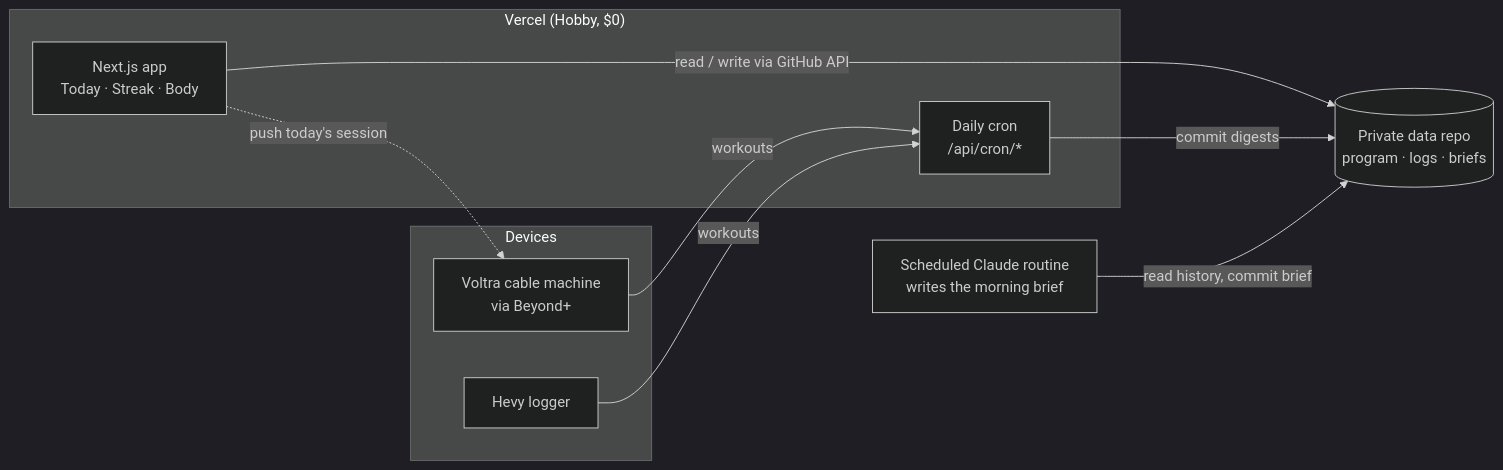
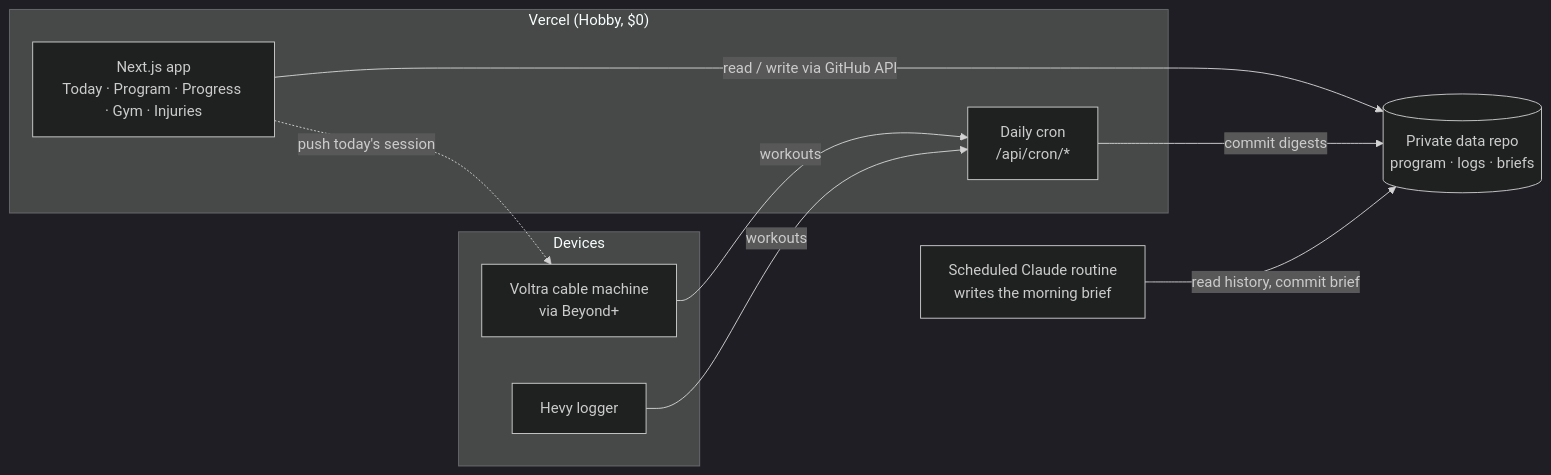
Before and after one commit to esd2014-byte/lift: the diagram in README.md, drawn with Mermaid (dark theme). The commit also changed other lines of this file and 10 other files, not shown here.

````diff
--- a/README.md
+++ b/README.md
@@ -22,20 +24,20 @@
 ```mermaid
 flowchart LR
   subgraph Devices
     V[Voltra cable machine<br/>via Beyond+]
     H[Hevy logger]
   end
   subgraph Vercel["Vercel (Hobby, $0)"]
     C[Daily cron<br/>/api/cron/*]
-    A[Next.js app<br/>Today · Streak · Body]
+    A[Next.js app<br/>Today · Program · Progress · Gym · Injuries]
   end
   R[Scheduled Claude routine<br/>writes the morning brief]
   D[(Private data repo<br/>program · logs · briefs)]
 
   V -- workouts --> C
   H -- workouts --> C
   C -- commit digests --> D
   R -- read history, commit brief --> D
   A -- read / write via GitHub API --> D
   A -. push today's session .-> V
 ```
````
